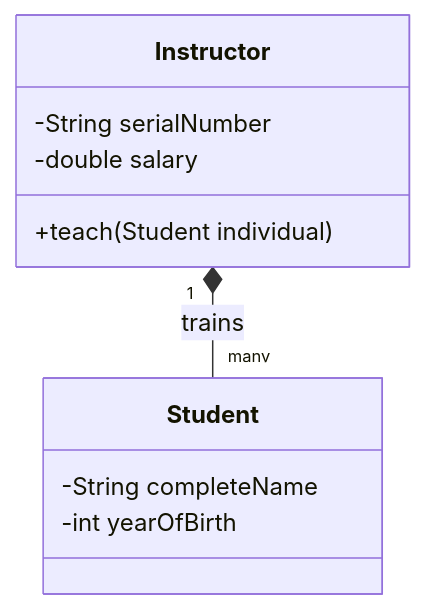
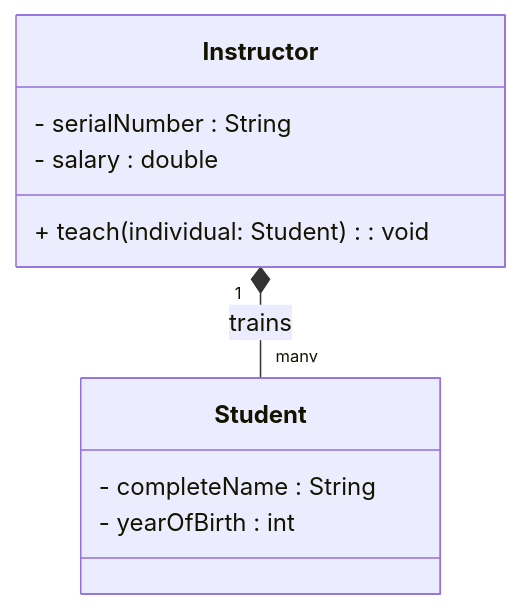
One commit to Nguyen-Agn/UML_Comparator changed the diagram in UMLs_testcase/semantic_test/target.mmd. Above: the diagram before and after it, drawn with Mermaid. The commit also changed 35 other files, not shown here.

```diff
--- a/UMLs_testcase/semantic_test/target.mmd
+++ b/UMLs_testcase/semantic_test/target.mmd
@@ -1,11 +1,11 @@
 classDiagram
     class Instructor {
-        -String serialNumber
-        -double salary
-        +teach(Student individual)
+        - serialNumber : String
+        - salary : double
+        + teach(individual: Student) : void
     }
     class Student {
-        -String completeName
-        -int yearOfBirth
+        - completeName : String
+        - yearOfBirth : int
     }
     Instructor "1" *-- "many" Student : trains
```
